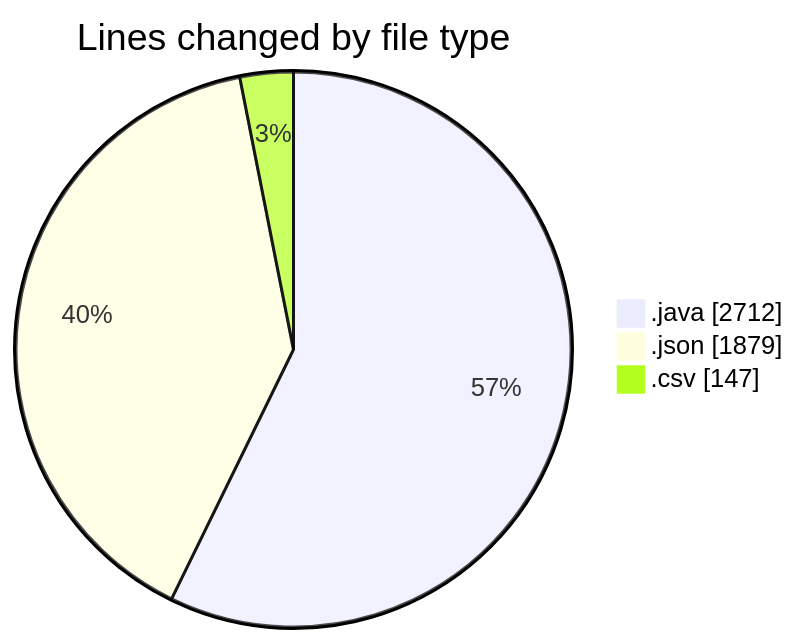
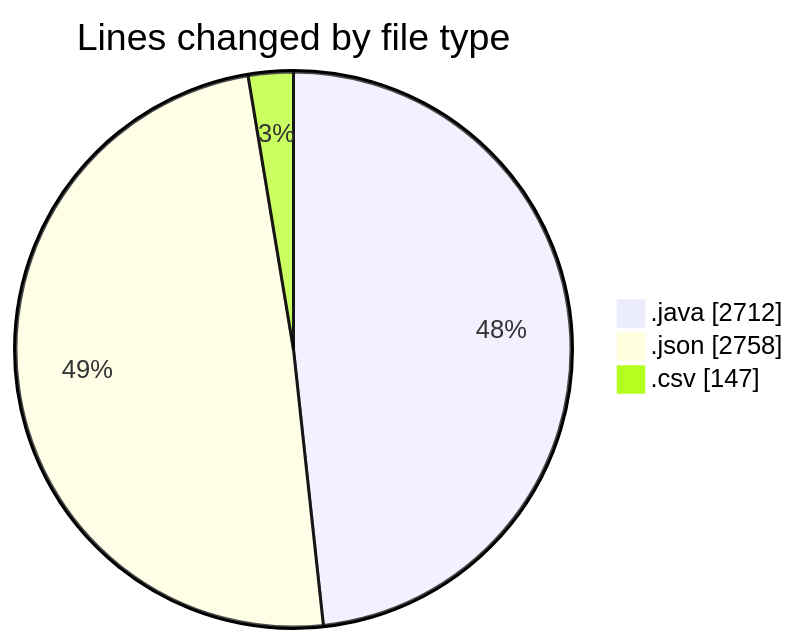
The first of 2 diagrams in 2026-03-17/cilapp/README.md (ricardozamudiocil/code-tracking), drawn with Mermaid before and after one commit. The commit also changed other lines of this file and 1 other file, not shown here.

````diff
--- a/2026-03-17/cilapp/README.md
+++ b/2026-03-17/cilapp/README.md
@@ -27,7 +27,7 @@
 ```mermaid
 pie showData
 title Lines changed by file type
 ".java" : 2712
-".json" : 1879
+".json" : 2758
 ".csv" : 147
 ```
````
